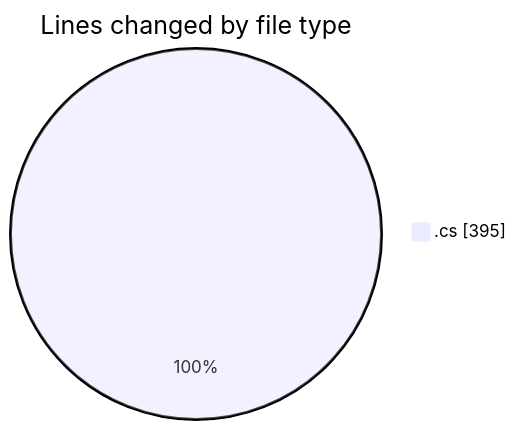
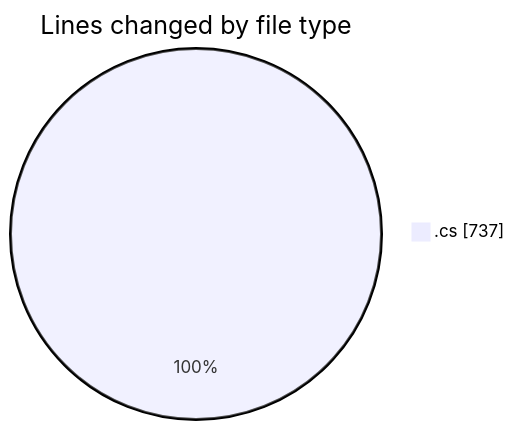
One commit to Netris89/code-tracking changed the first of 2 diagrams in 2025-03-24/back-end/README.md. Above: the diagram before and after it, drawn with Mermaid. The commit also changed other lines of this file and 1 other file, not shown here.

````diff
--- a/2025-03-24/back-end/README.md
+++ b/2025-03-24/back-end/README.md
@@ -22,5 +25,5 @@
 ```mermaid
 pie showData
 title Lines changed by file type
-".cs" : 395
+".cs" : 737
 ```
````
